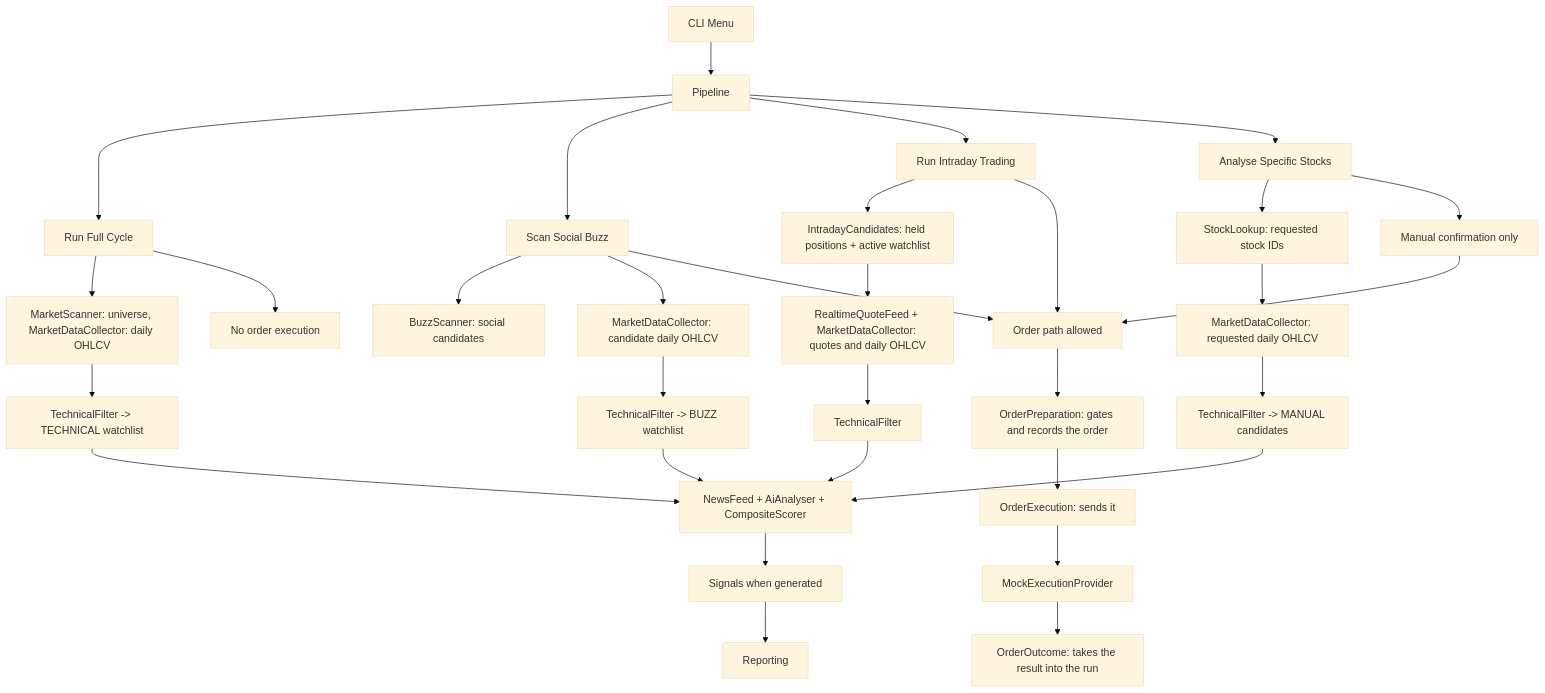
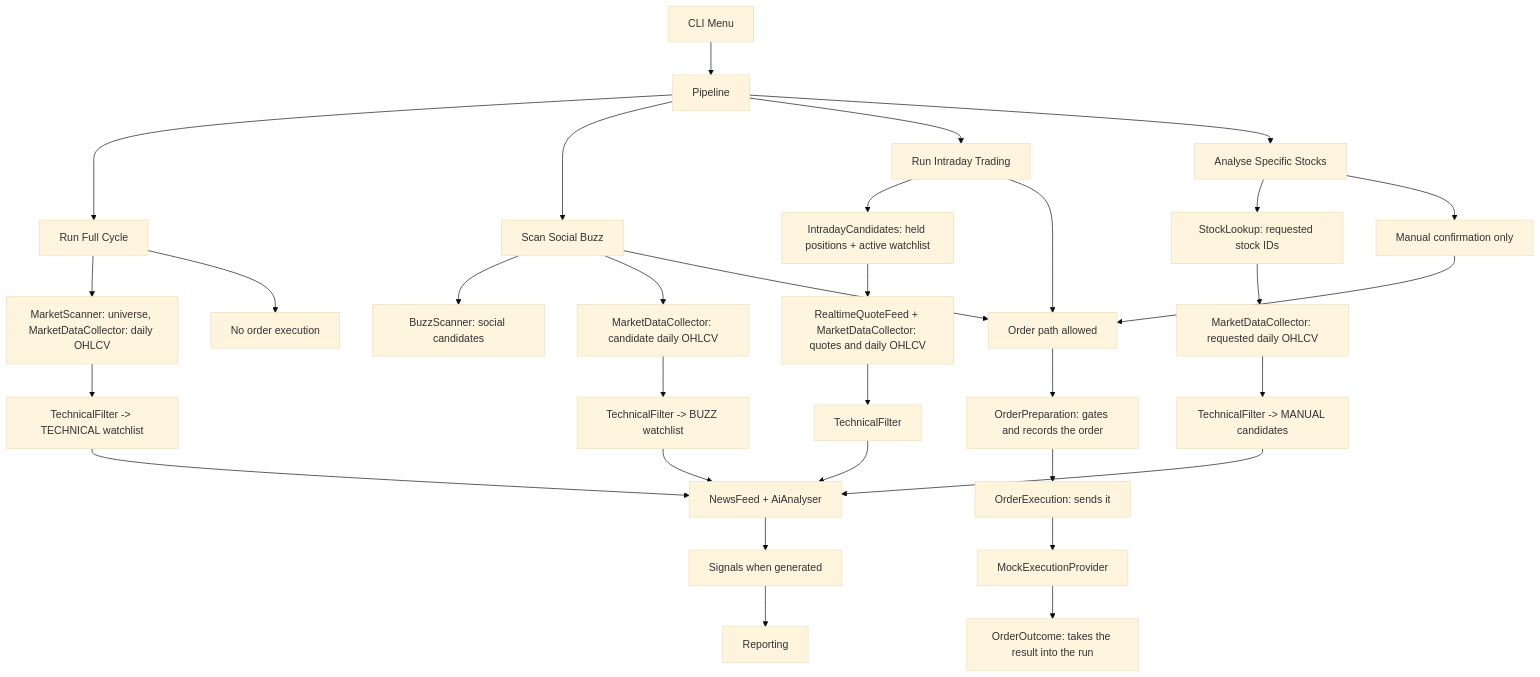
The diagram in README.md (doluludadada/stock-agent), drawn with Mermaid (base theme) before and after one commit. The commit also changed other lines of this file and 713 other files, not shown here.

First line of the commit message:
feat: rebuild to the architecture guide, with formula strategies, the Web API and the React web app

````diff
--- a/README.md
+++ b/README.md
@@ -99,40 +112,40 @@
 ```mermaid
 flowchart TD
     CLI[CLI Menu] --> WF[Pipeline]
 
     WF --> FULL[Run Full Cycle]
     WF --> BUZZ[Scan Social Buzz]
     WF --> DAY[Run Intraday Trading]
     WF --> ONE[Analyse Specific Stocks]
 
     FULL --> MS1[MarketScanner: universe, MarketDataCollector: daily OHLCV]
     BUZZ --> BS[BuzzScanner: social candidates]
     BUZZ --> MS2[MarketDataCollector: candidate daily OHLCV]
     DAY --> LOAD[IntradayCandidates: held positions + active watchlist]
     LOAD --> MS3[RealtimeQuoteFeed + MarketDataCollector: quotes and daily OHLCV]
     ONE --> STOCK[StockLookup: requested stock IDs]
     STOCK --> MS4[MarketDataCollector: requested daily OHLCV]
 
     MS1 --> TF1[TechnicalFilter -> TECHNICAL watchlist]
     MS2 --> TF2[TechnicalFilter -> BUZZ watchlist]
     MS3 --> TF3[TechnicalFilter]
     MS4 --> TF4[TechnicalFilter -> MANUAL candidates]
 
-    TF1 --> AP[NewsFeed + AiAnalyser + CompositeScorer]
+    TF1 --> AP[NewsFeed + AiAnalyser]
     TF2 --> AP
     TF3 --> AP
     TF4 --> AP
 
     AP --> SIG[Signals when generated]
     SIG --> REP[Reporting]
 
     FULL --> NOORDER[No order execution]
     BUZZ --> ORDERABLE[Order path allowed]
     DAY --> ORDERABLE
     ONE --> MANUAL[Manual confirmation only]
     MANUAL --> ORDERABLE
     ORDERABLE --> PREP[OrderPreparation: gates and records the order]
     PREP --> ORDER[OrderExecution: sends it]
     ORDER --> MOCK[MockExecutionProvider]
     MOCK --> OUT[OrderOutcome: takes the result into the run]
 ```
````
